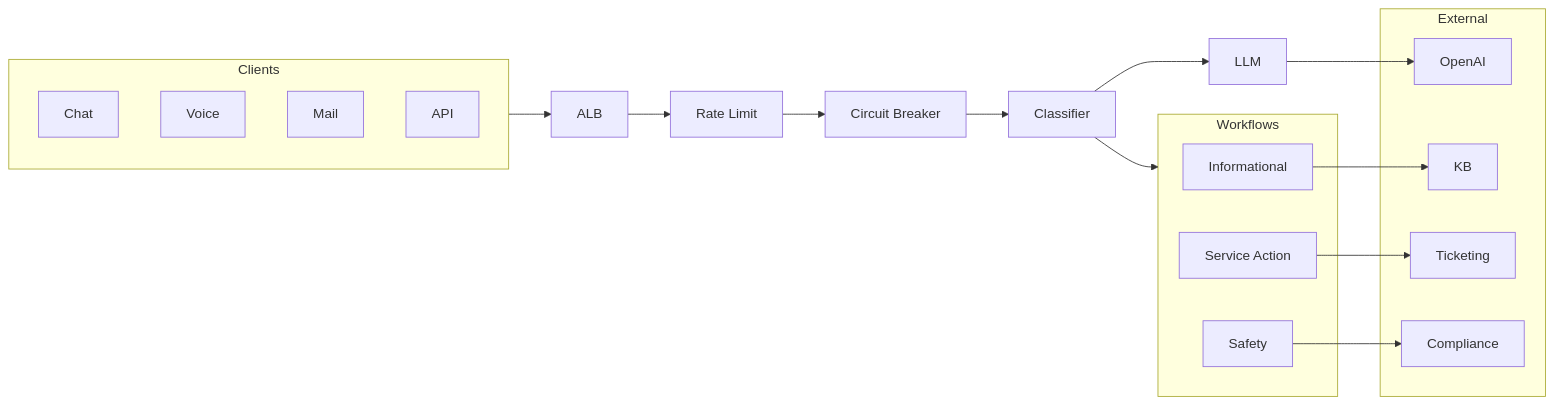
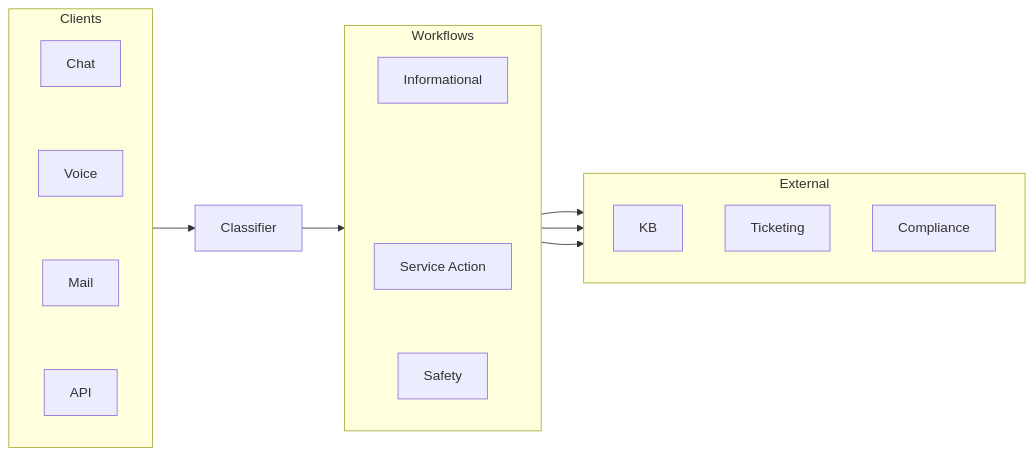
Before and after one commit to kvasilopoulos/contact-center: the first of 3 diagrams in docs/architecture.md, drawn with Mermaid. The commit also changed 11 other files, not shown here.

````diff
--- a/docs/architecture.md
+++ b/docs/architecture.md
@@ -11,39 +11,29 @@
 ```mermaid
 graph LR
     subgraph Clients["Clients"]
-        C1[Chat]
-        C2[Voice]
-        C3[Mail]
-        C4[API]
+        direction TB
+        C1[Chat] ~~~ C2[Voice] ~~~ C3[Mail] ~~~ C4[API]
     end
 
-    ALB[ALB]
-    RL[Rate Limit]
-    CB[Circuit Breaker]
     Classifier[Classifier]
-    LLM[LLM]
 
     subgraph Workflows["Workflows"]
-        Info[Informational]
-        Svc[Service Action]
-        Safety[Safety]
+        direction TB
+        Info[Informational] ~~~ W(( )) ~~~ Svc[Service Action] ~~~ Safety[Safety]
     end
 
     subgraph External["External"]
-        OpenAI[OpenAI]
+        direction TB
         KB[KB]
         Ticketing[Ticketing]
         Compliance[Compliance]
     end
 
-    Clients --> ALB
-    ALB --> RL
-    RL --> CB
-    CB --> Classifier
-    Classifier --> LLM
-    LLM --> OpenAI
-    Classifier --> Workflows
+    Clients --> Classifier
+    Classifier --> W
     Info --> KB
     Svc --> Ticketing
     Safety --> Compliance
+
+    style W fill:none,stroke:none
 ```
````
